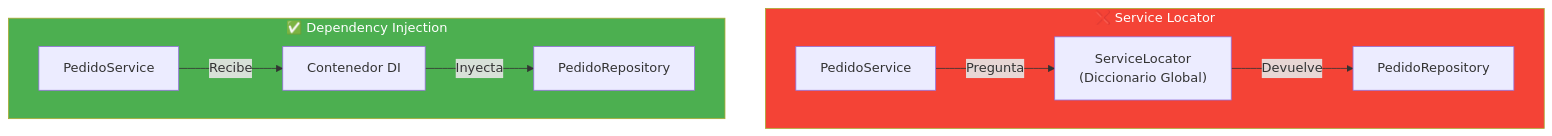
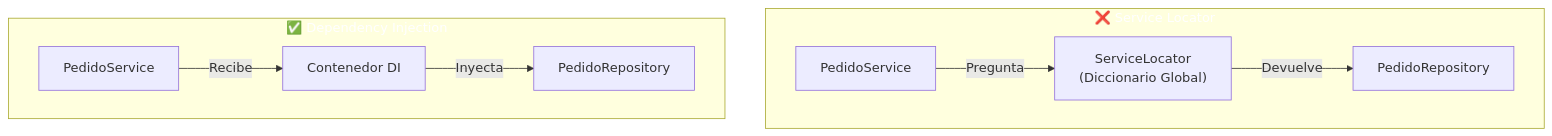
Before and after one commit to joseluisgs/DesarrolloWebEntornosServidor-01-2026-2027: the fifth of 6 diagrams in 11-inyeccion-dependencias.md, drawn with Mermaid. The commit also changed other lines of this file and 66 other files, not shown here.

First line of the commit message:
fix: normalizar titulos al castellano de frase y corregir la paleta de mermaid

````diff
--- a/11-inyeccion-dependencias.md
+++ b/11-inyeccion-dependencias.md
@@ -209,15 +209,15 @@
 ```mermaid
 graph TD
     subgraph SERVICELOCATOR["❌ Service Locator"]
         A["PedidoService"] -->|"Pregunta"| B["ServiceLocator<br/>(Diccionario Global)"]
         B -->|"Devuelve"| C["PedidoRepository"]
     end
 
     subgraph DI["✅ Dependency Injection"]
         D["PedidoService"] -->|"Recibe"| E["Contenedor DI"]
         E -->|"Inyecta"| F["PedidoRepository"]
     end
 
-    style SERVICELOCATOR fill:#f44336,color:#fff
-    style DI fill:#4CAF50,color:#fff
+    style SERVICELOCATOR fill:#f4433,color:#fff6,color:#fff
+    style DI fill:#4CAF5,color:#fff0,color:#fff
 ```
````
